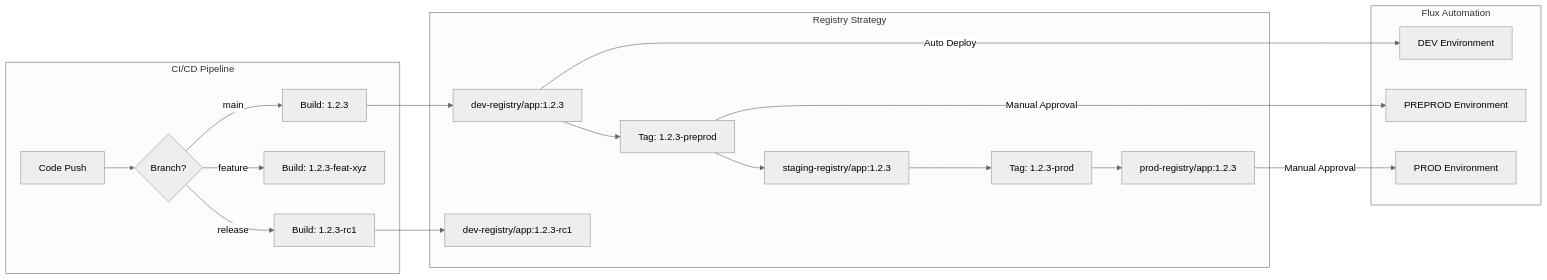
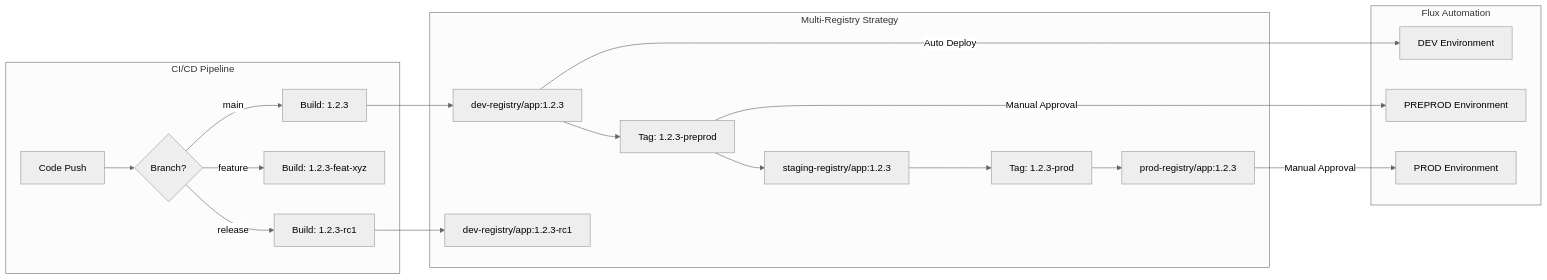
Before and after one commit to petrmac/flux-demo: the third of 7 diagrams in README.md, drawn with Mermaid (neutral theme). The commit also changed other lines of this file, not shown here.

````diff
--- a/README.md
+++ b/README.md
@@ -168,24 +198,24 @@
 ```mermaid
 graph LR
     subgraph "CI/CD Pipeline"
         A[Code Push] --> B{Branch?}
         B -->|main| C[Build: 1.2.3]
         B -->|feature| D[Build: 1.2.3-feat-xyz]
         B -->|release| E[Build: 1.2.3-rc1]
     end
 
-    subgraph "Registry Strategy"
+    subgraph "Multi-Registry Strategy"
         C --> F[dev-registry/app:1.2.3]
         E --> G[dev-registry/app:1.2.3-rc1]
         F --> H[Tag: 1.2.3-preprod]
         H --> I[staging-registry/app:1.2.3]
         I --> J[Tag: 1.2.3-prod]
         J --> K[prod-registry/app:1.2.3]
     end
 
     subgraph "Flux Automation"
         F -->|Auto Deploy| L[DEV Environment]
         H -->|Manual Approval| M[PREPROD Environment]
         K -->|Manual Approval| N[PROD Environment]
     end
 ```
````
